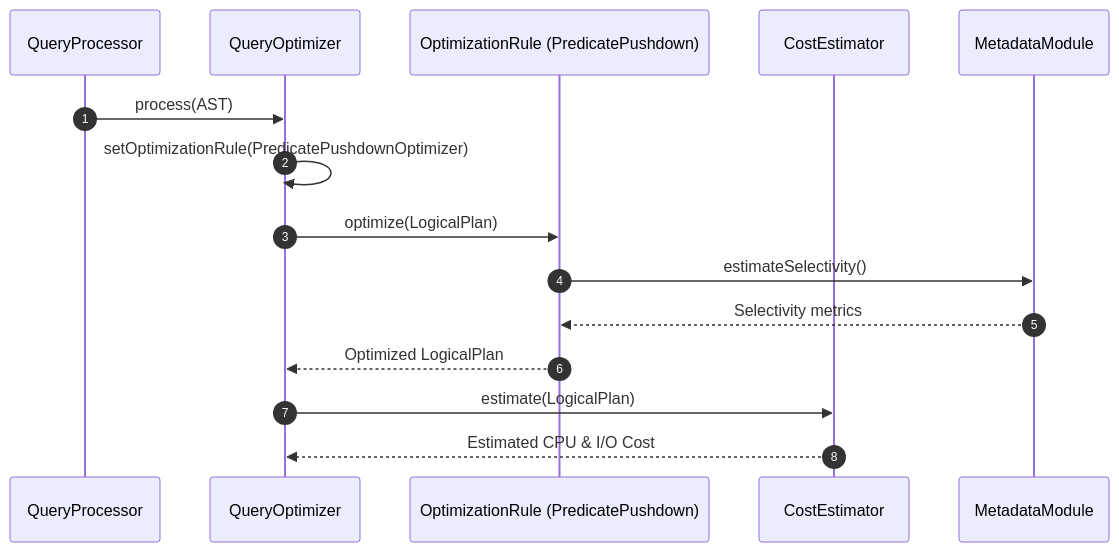
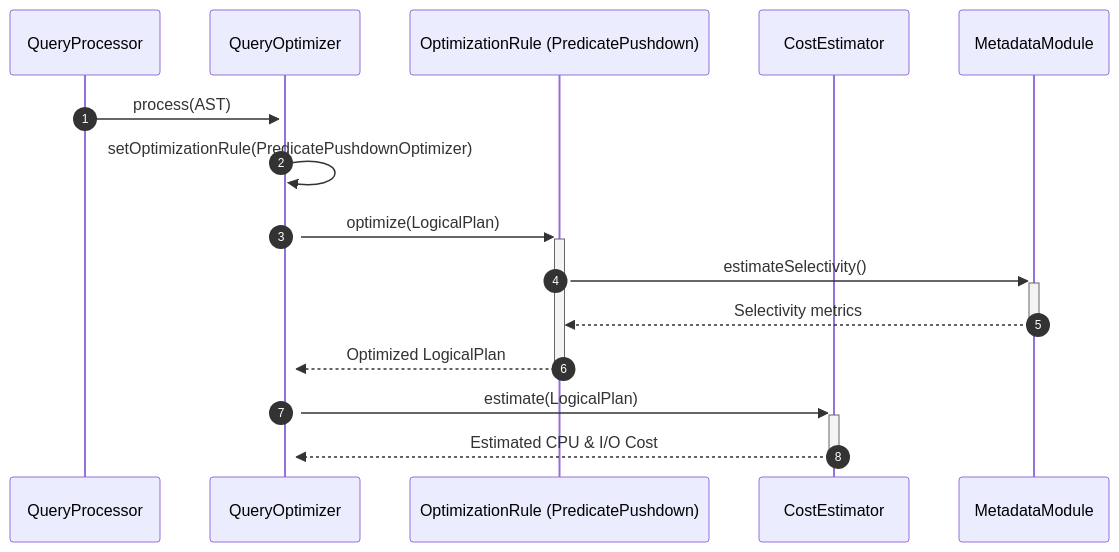
Before and after one commit to Dikhang1112/Database_Management_BBV: the fifth of 13 diagrams in docs/design_patterns/query_processor/Sequece.md, drawn with Mermaid. The commit also changed other lines of this file and 12 other files, not shown here.

Commit message:
Refactor sequece diagram

````diff
--- a/docs/design_patterns/query_processor/Sequece.md
+++ b/docs/design_patterns/query_processor/Sequece.md
@@ -146,18 +146,18 @@
 ```mermaid
 sequenceDiagram
     autonumber
     participant QP as QueryProcessor
     participant Optimizer as QueryOptimizer
     participant Rule as OptimizationRule (PredicatePushdown)
     participant Cost as CostEstimator
     participant Meta as MetadataModule
 
-    QP->>Optimizer: process(AST)
-    Optimizer->>Optimizer: setOptimizationRule(PredicatePushdownOptimizer)
-    Optimizer->>Rule: optimize(LogicalPlan)
-    Rule->>Meta: estimateSelectivity()
-    Meta-->>Rule: Selectivity metrics
-    Rule-->>Optimizer: Optimized LogicalPlan
-    Optimizer->>Cost: estimate(LogicalPlan)
-    Cost-->>Optimizer: Estimated CPU & I/O Cost
+    QP->>+Optimizer: process(AST)
+    Optimizer->>+Optimizer: setOptimizationRule(PredicatePushdownOptimizer)
+    Optimizer->>+Rule: optimize(LogicalPlan)
+    Rule->>+Meta: estimateSelectivity()
+    Meta-->>-Rule: Selectivity metrics
+    Rule-->>-Optimizer: Optimized LogicalPlan
+    Optimizer->>+Cost: estimate(LogicalPlan)
+    Cost-->>-Optimizer: Estimated CPU & I/O Cost
 ```
````
